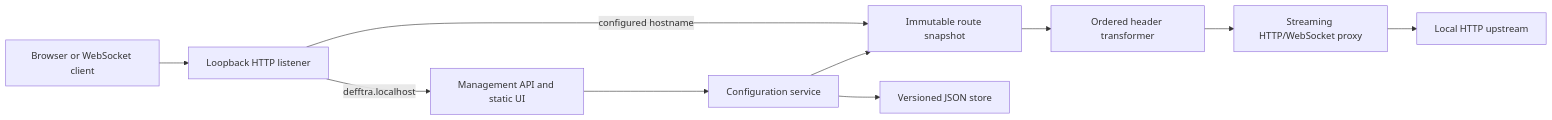
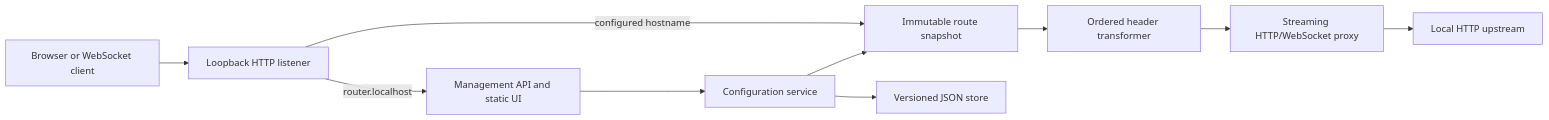
The first of 3 diagrams in docs/architecture.md (Temosh/defftra-router), drawn with Mermaid before and after one commit. The commit also changed other lines of this file and 61 other files, not shown here.

Commit message:
Defftra Router MVP implementation

````diff
--- a/docs/architecture.md
+++ b/docs/architecture.md
@@ -7,12 +7,12 @@
 ```mermaid
 flowchart LR
     Browser["Browser or WebSocket client"] --> Listener["Loopback HTTP listener"]
-    Listener -->|"defftra.localhost"| Management["Management API and static UI"]
+    Listener -->|"router.localhost"| Management["Management API and static UI"]
     Listener -->|"configured hostname"| Router["Immutable route snapshot"]
     Router --> Transform["Ordered header transformer"]
     Transform --> Proxy["Streaming HTTP/WebSocket proxy"]
     Proxy --> Upstream["Local HTTP upstream"]
     Management --> Config["Configuration service"]
     Config --> Store["Versioned JSON store"]
     Config --> Router
 ```
````
